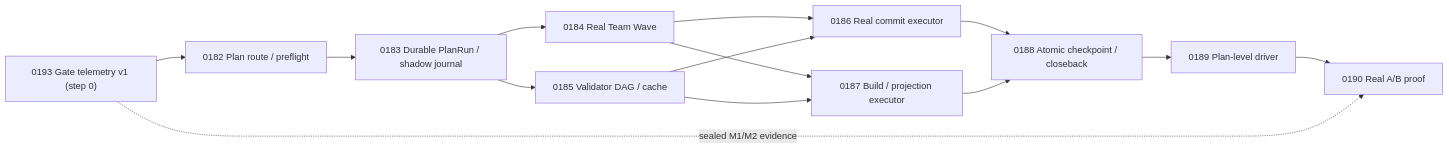
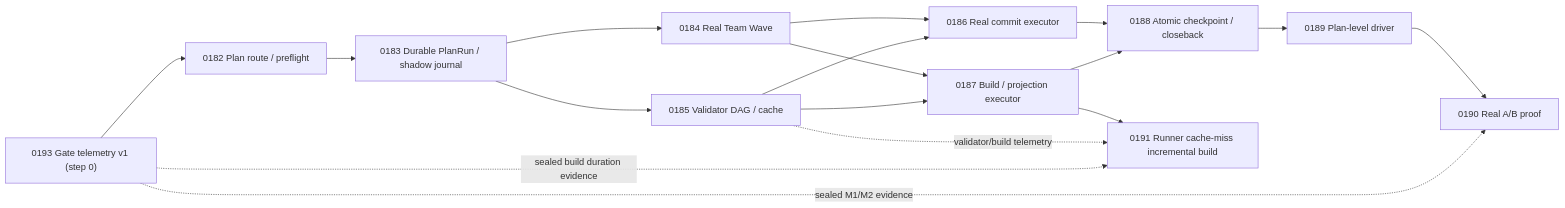
The diagram in docs/ai_atomic_framework/governance-optimization/end-to-end-auto-batch-performance-plan-v2.md (eaglhuang/3klife), drawn with Mermaid before and after one commit. The commit also changed other lines of this file and 1 other file, not shown here.

Commit message:
docs(atm): add runner incremental build task

````diff
--- a/docs/ai_atomic_framework/governance-optimization/end-to-end-auto-batch-performance-plan-v2.md
+++ b/docs/ai_atomic_framework/governance-optimization/end-to-end-auto-batch-performance-plan-v2.md
@@ -458,16 +458,19 @@
 ```mermaid
 flowchart LR
   Z["0193 Gate telemetry v1 (step 0)"] --> A["0182 Plan route / preflight"]
   A --> B["0183 Durable PlanRun / shadow journal"]
   B --> C["0184 Real Team Wave"]
   B --> D["0185 Validator DAG / cache"]
   C --> E["0186 Real commit executor"]
   D --> E
   C --> F["0187 Build / projection executor"]
   D --> F
   E --> G["0188 Atomic checkpoint / closeback"]
   F --> G
   G --> H["0189 Plan-level driver"]
   H --> I["0190 Real A/B proof"]
+  F --> J["0191 Runner cache-miss incremental build"]
+  D -. "validator/build telemetry" .-> J
+  Z -. "sealed build duration evidence" .-> J
   Z -. "sealed M1/M2 evidence" .-> I
 ```
````
